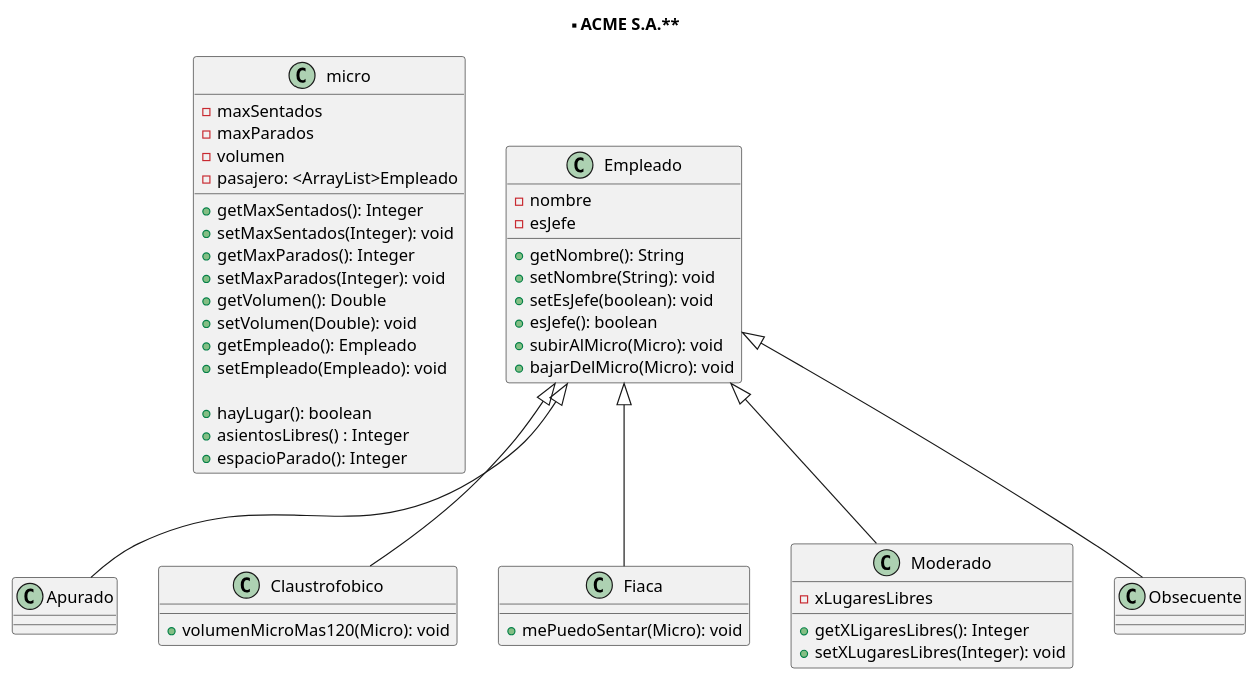
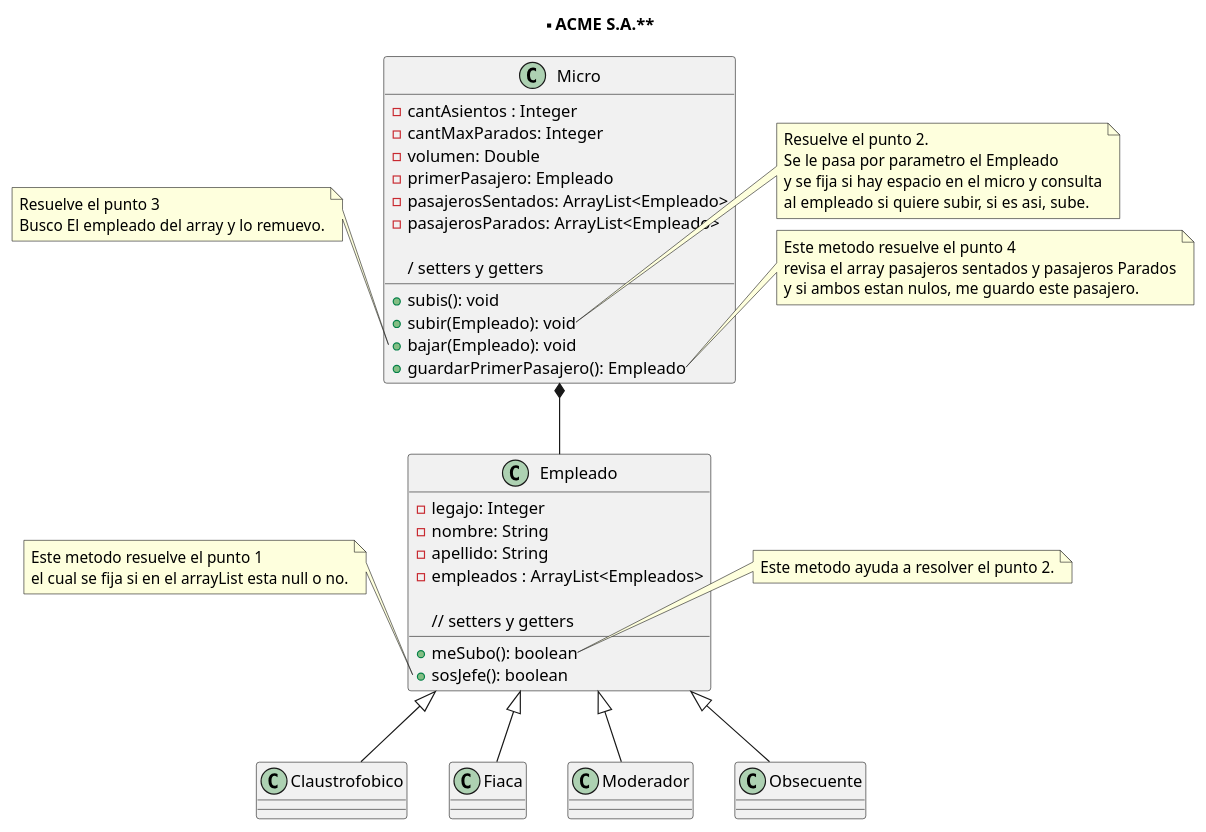
One commit to LMontes94/ProgIII23 changed the diagram in Ejercicios/Clase1104/Diagrama/Diagrama.puml. Above: the diagram before and after it, drawn with PlantUML. The commit also changed 1 other file, not shown here.

Commit message:
UML Ejercicio Micros

```diff
--- a/Ejercicios/Clase1104/Diagrama/Diagrama.puml
+++ b/Ejercicios/Clase1104/Diagrama/Diagrama.puml
@@ -1,69 +1,74 @@
 @startuml
 
 title ** ACME S.A.**
 
-Class micro{
-   - maxSentados 
-   - maxParados 
-   - volumen
-   - pasajero: <ArrayList>Empleado
+' Clases 
 
-   + getMaxSentados(): Integer  
-   + setMaxSentados(Integer): void
-   + getMaxParados(): Integer
-   + setMaxParados(Integer): void
-   + getVolumen(): Double
-   + setVolumen(Double): void
-   + getEmpleado(): Empleado
-   + setEmpleado(Empleado): void
+class Micro{
+   - cantAsientos : Integer 
+   - cantMaxParados: Integer 
+   - volumen: Double
+   - primerPasajero: Empleado
+   - pasajerosSentados: ArrayList<Empleado>
+   - pasajerosParados: ArrayList<Empleado>
 
-   + hayLugar(): boolean
-   + asientosLibres() : Integer
-   + espacioParado(): Integer  
+   / setters y getters
+   
+   + subis(): void
+   + subir(Empleado): void
+   + bajar(Empleado): void
+   + guardarPrimerPasajero(): Empleado
 
 }
 
-Class Empleado{
-    - nombre
-    - esJefe
-    
-    + getNombre(): String 
-    + setNombre(String): void
-    + setEsJefe(boolean): void
-    + esJefe(): boolean
-    + subirAlMicro(Micro): void
-    + bajarDelMicro(Micro): void
-}
+class Empleado{
+  - legajo: Integer 
+  - nombre: String 
+  - apellido: String 
+  - empleados : ArrayList<Empleados>
 
-Empleado <|-- Apurado
-Empleado <|-- Claustrofobico
-Empleado <|-- Fiaca
-Empleado <|-- Moderado
-Empleado <|-- Obsecuente
-
-Class Apurado{
-
-}
-
-Class Claustrofobico{
-   + volumenMicroMas120(Micro): void
-}
-
-Class Fiaca{
-   + mePuedoSentar(Micro): void
-}
-
-Class Moderado{
-   - xLugaresLibres
-
-   + getXLigaresLibres(): Integer
-   + setXLugaresLibres(Integer): void
-}
-
-Class Obsecuente{
-
-}
+  // setters y getters
+   + meSubo(): boolean    
+   + sosJefe(): boolean 
+} 
 
 
 
+'Relaciones
+
+Micro *-- Empleado
+Empleado <|-- Claustrofobico
+Empleado <|-- Fiaca 
+Empleado <|-- Moderador
+Empleado <|-- Obsecuente 
+ 
+'Notas
+
+note right of Micro::subir
+Resuelve el punto 2.
+Se le pasa por parametro el Empleado 
+y se fija si hay espacio en el micro y consulta
+al empleado si quiere subir, si es asi, sube.
+end note 
+
+note left of Micro::bajar
+Resuelve el punto 3
+Busco El empleado del array y lo remuevo.
+end note 
+
+note right of Micro::guardarPrimerPasajero
+Este metodo resuelve el punto 4
+revisa el array pasajeros sentados y pasajeros Parados
+y si ambos estan nulos, me guardo este pasajero.
+end note 
+note right of Empleado::meSubo
+Este metodo ayuda a resolver el punto 2.
+end note 
+
+note left of Empleado::sosJefe 
+Este metodo resuelve el punto 1
+el cual se fija si en el arrayList esta null o no.
+end note 
+
+
 @enduml
```
